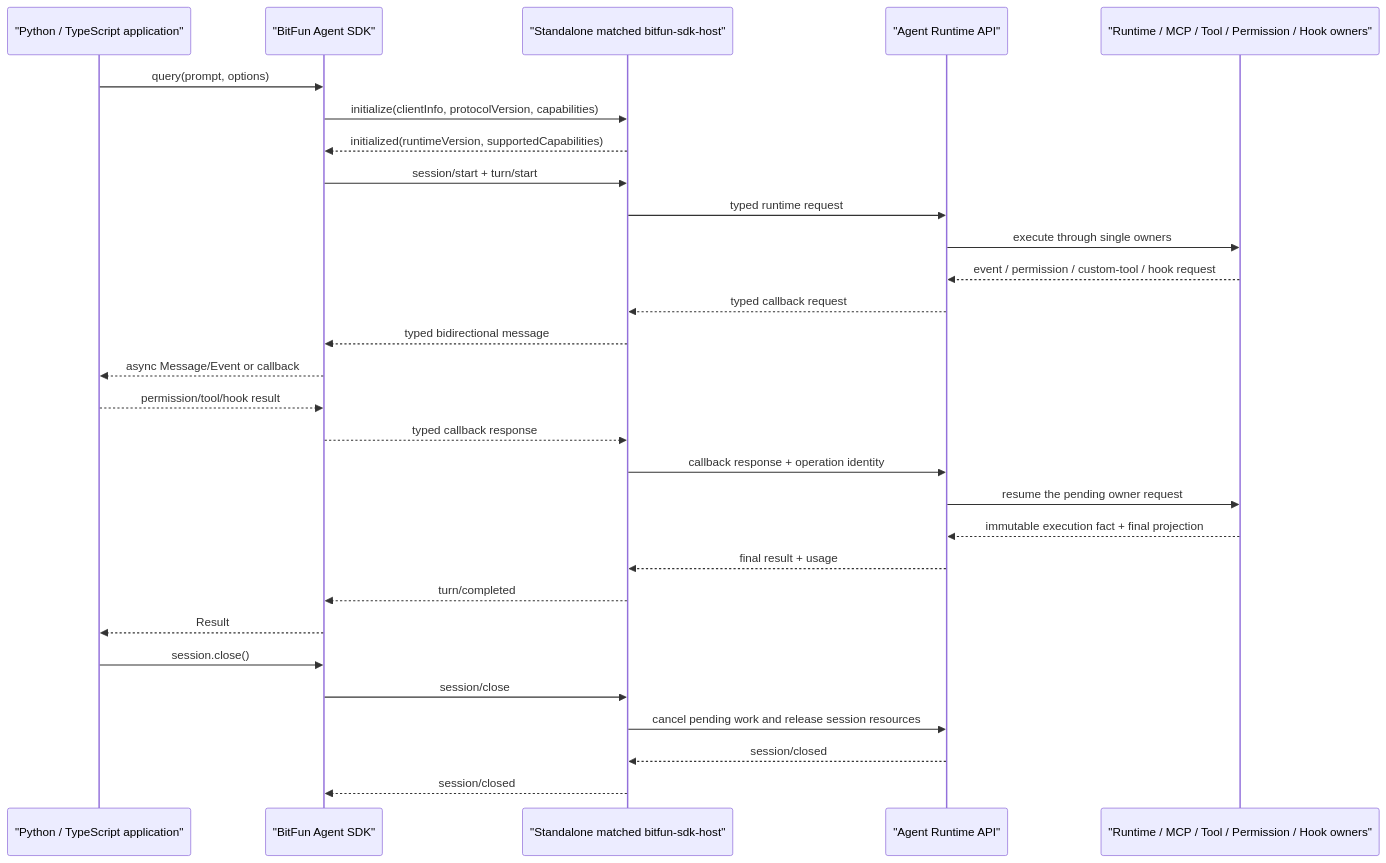
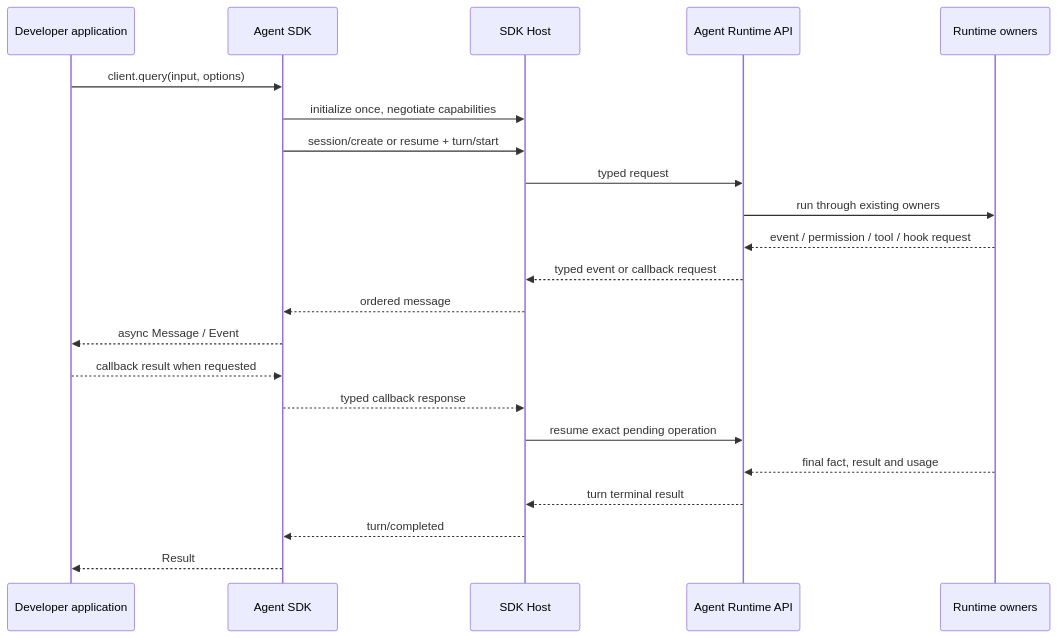
The sixth of 11 diagrams in docs/architecture/agent-sdk-product-architecture.md (1688mengdie/BitFun), drawn with Mermaid before and after one commit. The commit also changed other lines of this file and 4 other files, not shown here.

First line of the commit message:
docs(architecture): clarify agent SDK product boundaries

````diff
--- a/docs/architecture/agent-sdk-product-architecture.md
+++ b/docs/architecture/agent-sdk-product-architecture.md
@@ -258,32 +255,25 @@
 ```mermaid
 sequenceDiagram
-  participant App as "Python / TypeScript application"
-  participant SDK as "BitFun Agent SDK"
-  participant Host as "Standalone matched bitfun-sdk-host"
-  participant API as "Agent Runtime API"
-  participant Owners as "Runtime / MCP / Tool / Permission / Hook owners"
+  participant App as Developer application
+  participant SDK as Agent SDK
+  participant Host as SDK Host
+  participant API as Agent Runtime API
+  participant Owners as Runtime owners
 
-  App->>SDK: query(prompt, options)
-  SDK->>Host: initialize(clientInfo, protocolVersion, capabilities)
-  Host-->>SDK: initialized(runtimeVersion, supportedCapabilities)
-  SDK->>Host: session/start + turn/start
-  Host->>API: typed runtime request
-  API->>Owners: execute through single owners
-  Owners-->>API: event / permission / custom-tool / hook request
-  API-->>Host: typed callback request
-  Host-->>SDK: typed bidirectional message
-  SDK-->>App: async Message/Event or callback
-  App-->>SDK: permission/tool/hook result
+  App->>SDK: client.query(input, options)
+  SDK->>Host: initialize once, negotiate capabilities
+  SDK->>Host: session/create or resume + turn/start
+  Host->>API: typed request
+  API->>Owners: run through existing owners
+  Owners-->>API: event / permission / tool / hook request
+  API-->>Host: typed event or callback request
+  Host-->>SDK: ordered message
+  SDK-->>App: async Message / Event
+  App-->>SDK: callback result when requested
   SDK-->>Host: typed callback response
-  Host->>API: callback response + operation identity
-  API->>Owners: resume the pending owner request
-  Owners-->>API: immutable execution fact + final projection
-  API-->>Host: final result + usage
+  Host->>API: resume exact pending operation
+  Owners-->>API: final fact, result and usage
+  API-->>Host: turn terminal result
   Host-->>SDK: turn/completed
   SDK-->>App: Result
-  App->>SDK: session.close()
-  SDK->>Host: session/close
-  Host->>API: cancel pending work and release session resources
-  API-->>Host: session/closed
-  Host-->>SDK: session/closed
 ```
````
